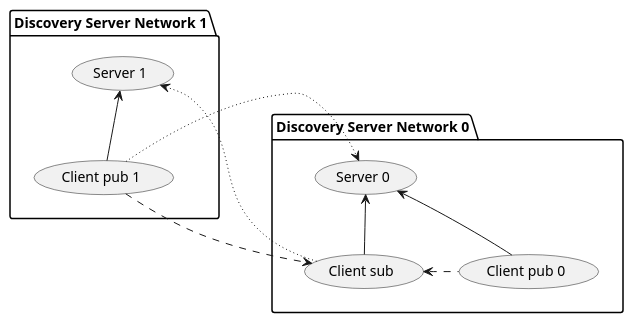
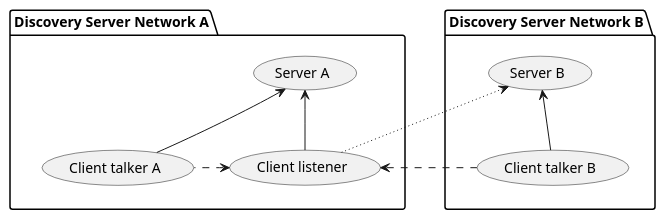
Before and after one commit to eProsima/vulcanexus: the second of 2 diagrams in docs/rst/tutorials/core/deployment/ds_locators_runtime/ds_locators_runtime.rst, drawn with PlantUML. The commit also changed other lines of this file, not shown here.

```diff
--- a/docs/rst/tutorials/core/deployment/ds_locators_runtime/ds_locators_runtime.rst
+++ b/docs/rst/tutorials/core/deployment/ds_locators_runtime/ds_locators_runtime.rst
@@ -344,27 +344,27 @@
 .. uml::
     :align: center
 
     hide empty members
 
-    package "Discovery Server Network 0" as de0{
-        (Server 0) as s0
-        (Client pub 0) as p0
-        (Client sub) as s
+    package de0 as "Discovery Server Network A"{
+        (Server A) as s0
+        (Client talker A) as p0
+        (Client listener) as s
         s <-[dashed]right- p0
         s0 <-down- s
         s0 <-down- p0
         p0 -[hidden]left- s0
     }
 
-    package "Discovery Server Network 1" as de1{
-        (Server 1) as s1
-        (Client pub 1) as p1
+    package de1 as "Discovery Server Network B"{
+        (Server B) as s1
+        (Client talker B) as p1
         p1 -up-> s1
     }
 
     de1 -[hidden]right- de0
     s1 -[hidden]right- s0
     p1 -[hidden]right- p0
+    p1 -[hidden]-> s0
     s -[dotted]-> s1
-    p1 -[dotted]-> s0
-    p1 -[dashed]-> s
+    s <-[dashed]- p1
```
